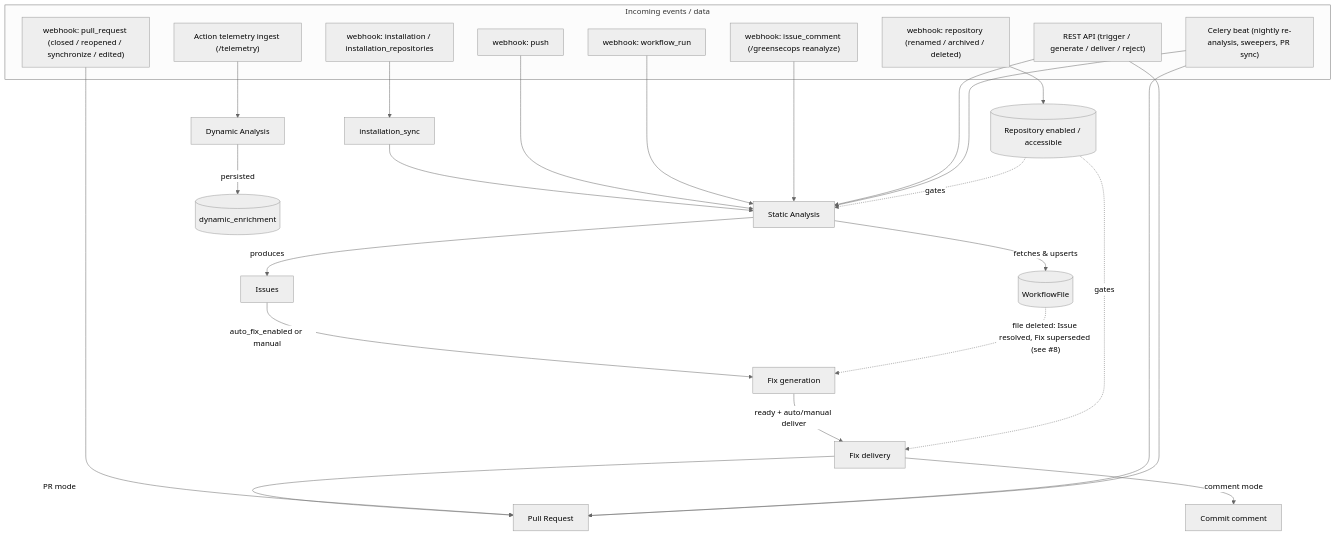
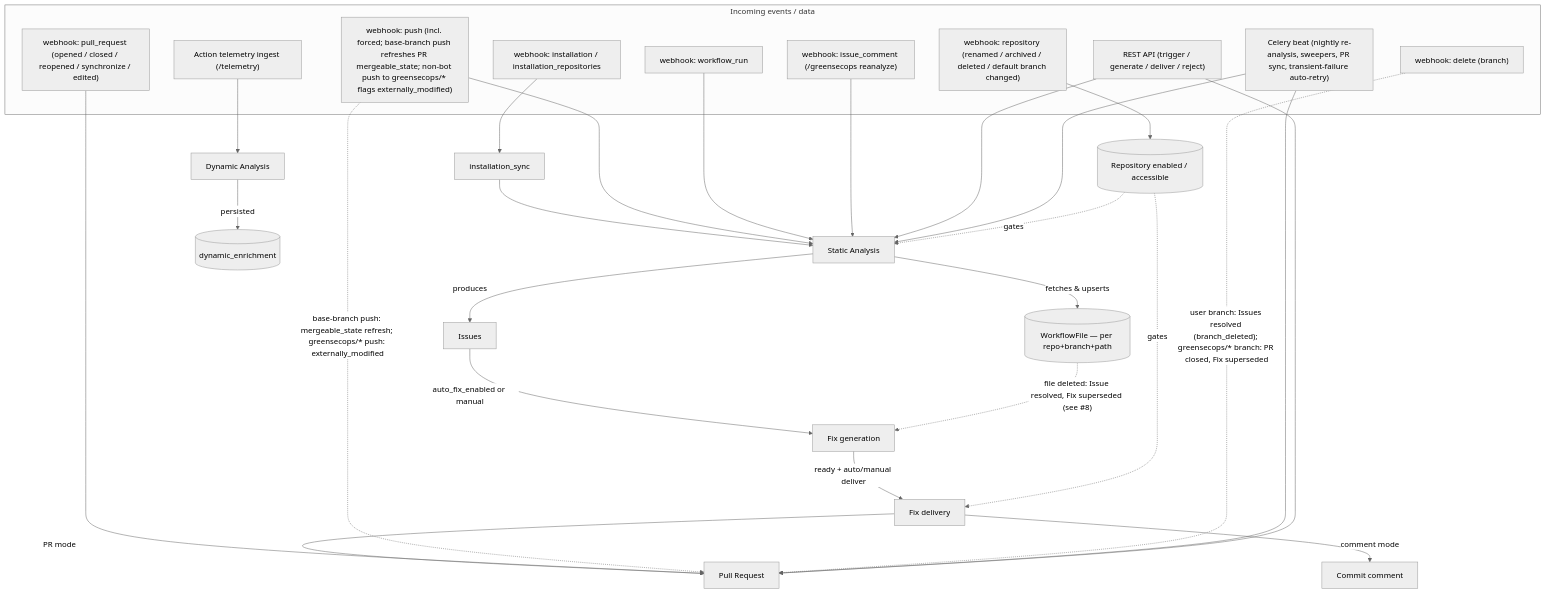
One commit to TheoGoudout/greensecops changed the first of 7 diagrams in docs/state-machines.md. Above: the diagram before and after it, drawn with Mermaid (neutral theme). The commit also changed other lines of this file, not shown here.

First line of the commit message:
docs: sync state-machines.md with branch dimension and new webhook behavior

````diff
--- a/docs/state-machines.md
+++ b/docs/state-machines.md
@@ -53,40 +53,43 @@
 ```mermaid
 flowchart TD
     subgraph Inputs["Incoming events / data"]
-        WH_push["webhook: push"]
+        WH_push["webhook: push (incl. forced; base-branch push refreshes PR mergeable_state; non-bot push to greensecops/* flags externally_modified)"]
+        WH_delete["webhook: delete (branch)"]
         WH_run["webhook: workflow_run"]
         WH_comment["webhook: issue_comment (/greensecops reanalyze)"]
         WH_install["webhook: installation / installation_repositories"]
-        WH_pr["webhook: pull_request (closed / reopened / synchronize / edited)"]
-        WH_repo["webhook: repository (renamed / archived / deleted)"]
+        WH_pr["webhook: pull_request (opened / closed / reopened / synchronize / edited)"]
+        WH_repo["webhook: repository (renamed / archived / deleted / default branch changed)"]
         API["REST API (trigger / generate / deliver / reject)"]
-        BEAT["Celery beat (nightly re-analysis, sweepers, PR sync)"]
+        BEAT["Celery beat (nightly re-analysis, sweepers, PR sync, transient-failure auto-retry)"]
         TELEM["Action telemetry ingest (/telemetry)"]
     end
 
     WH_install --> SYNC[installation_sync]
     SYNC --> AN
     WH_push --> AN[Static Analysis]
     WH_run --> AN
     WH_comment --> AN
     API --> AN
     BEAT --> AN
 
     AN -->|produces| ISS[Issues]
     ISS -->|auto_fix_enabled or manual| FIX[Fix generation]
     FIX -->|ready + auto/manual deliver| DEL[Fix delivery]
     DEL -->|PR mode| PR[Pull Request]
     DEL -->|comment mode| CM[Commit comment]
     WH_pr --> PR
+    WH_push -. "base-branch push: mergeable_state refresh; greensecops/* push: externally_modified" .-> PR
+    WH_delete -. "user branch: Issues resolved (branch_deleted); greensecops/* branch: PR closed, Fix superseded" .-> PR
     BEAT --> PR
     API --> PR
     WH_repo --> REPO[(Repository enabled / accessible)]
     REPO -. gates .-> AN
     REPO -. gates .-> DEL
 
-    AN -->|fetches & upserts| WF[(WorkflowFile)]
+    AN -->|fetches & upserts| WF[(WorkflowFile — per repo+branch+path)]
     WF -. "file deleted: Issue resolved, Fix superseded (see #8)" .-> FIX
 
     TELEM --> DYN[Dynamic Analysis]
     DYN -->|persisted| ENR[(dynamic_enrichment)]
 ```
````
